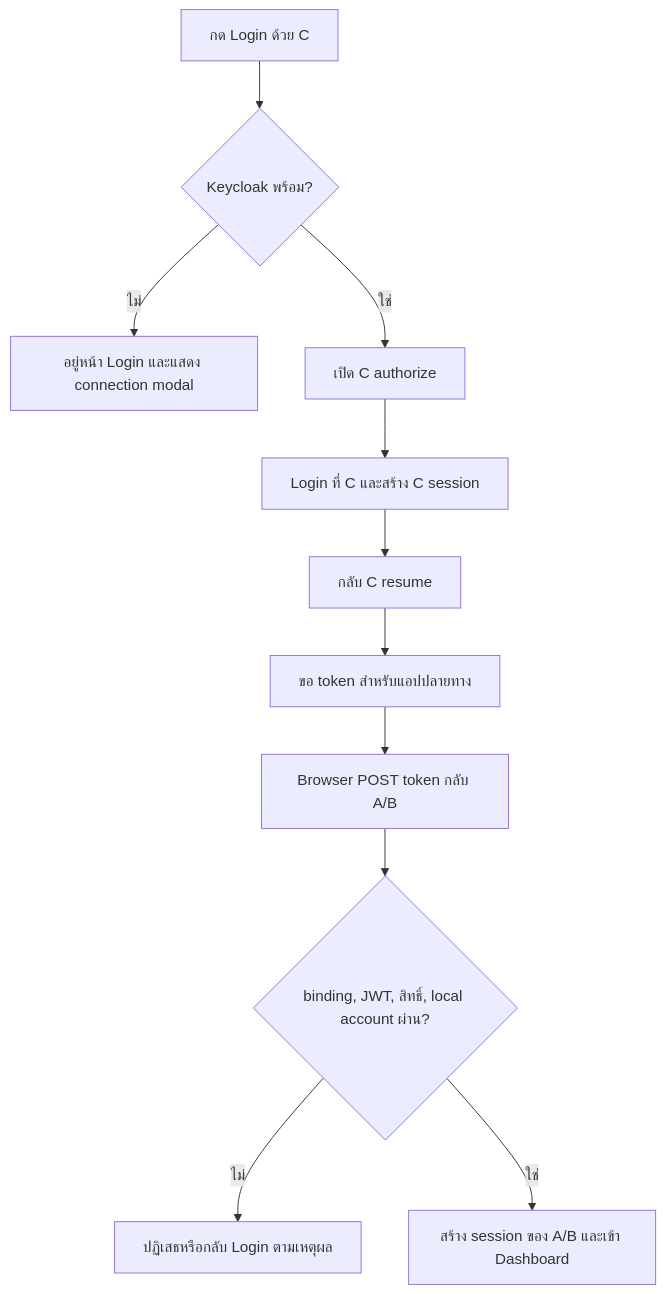
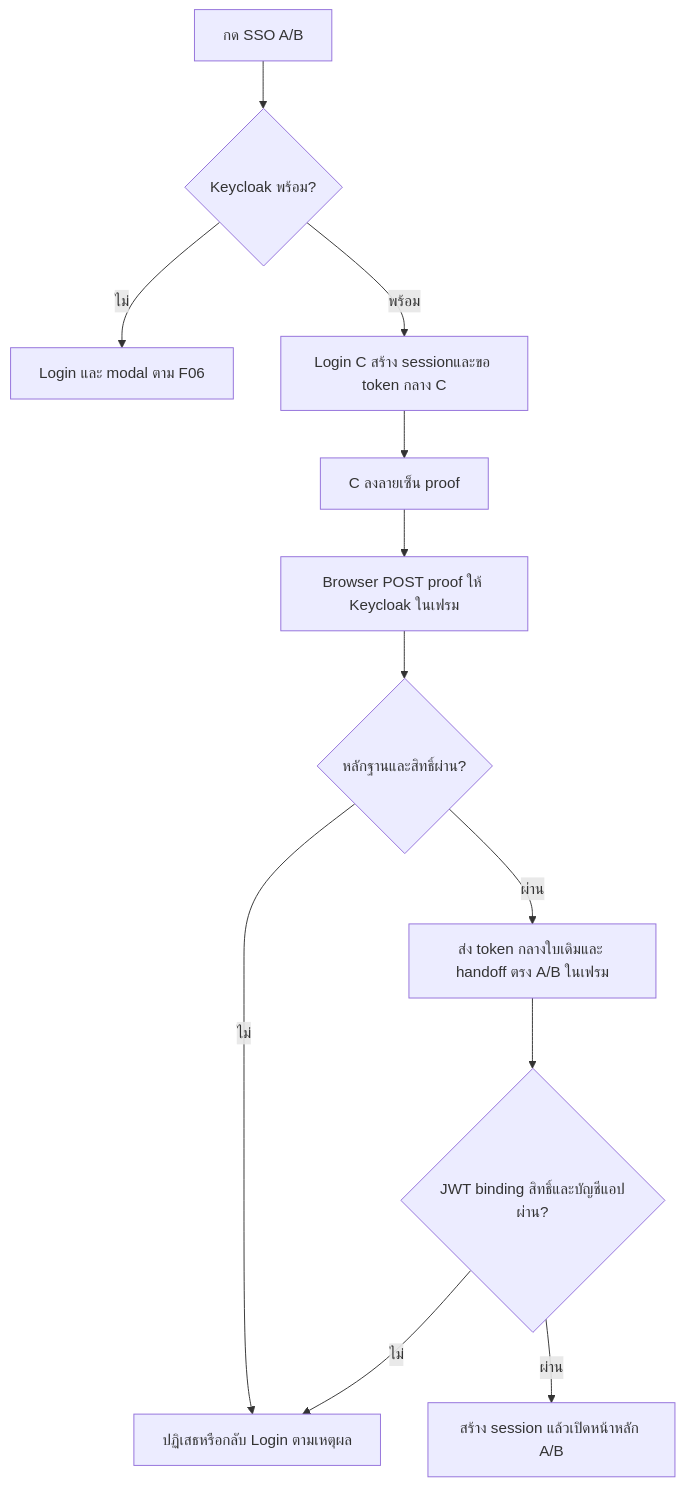
Before and after one commit to Sin1apachai/poc_sso: the sixth of 20 diagrams in docs/flows/LOGIN-AND-SESSION.md, drawn with Mermaid. The commit also changed other lines of this file and 149 other files, not shown here.

First line of the commit message:
Use one shared SSO token and simplify login handoff

````diff
--- a/docs/flows/LOGIN-AND-SESSION.md
+++ b/docs/flows/LOGIN-AND-SESSION.md
@@ -134,13 +132,14 @@
 ```mermaid
 flowchart TD
-    S[กด Login ด้วย C] --> P{Keycloak พร้อม?}
-    P -->|ไม่| E[อยู่หน้า Login และแสดง connection modal]
-    P -->|ใช่| C[เปิด C authorize]
-    C --> L[Login ที่ C และสร้าง C session]
-    L --> R[กลับ C resume]
-    R --> K[ขอ token สำหรับแอปปลายทาง]
-    K --> B[Browser POST token กลับ A/B]
-    B --> V{binding, JWT, สิทธิ์, local account ผ่าน?}
+S[กด SSO A/B] --> P{Keycloak พร้อม?}
+    P -->|ไม่| E[Login และ modal ตาม F06]
+    P -->|พร้อม| C[Login C สร้าง sessionและขอ token กลาง C]
+    C --> F[C ลงลายเซ็น proof]
+    F --> K[Browser POST proof ให้ Keycloak ในเฟรม]
+    K --> V{หลักฐานและสิทธิ์ผ่าน?}
     V -->|ไม่| D[ปฏิเสธหรือกลับ Login ตามเหตุผล]
-    V -->|ใช่| A[สร้าง session ของ A/B และเข้า Dashboard]
+    V -->|ผ่าน| T[ส่ง token กลางใบเดิมและ handoff ตรง A/B ในเฟรม]
+    T --> A{JWT binding สิทธิ์และบัญชีแอปผ่าน?}
+    A -->|ไม่| D
+    A -->|ผ่าน| H[สร้าง session แล้วเปิดหน้าหลัก A/B]
 ```
````
